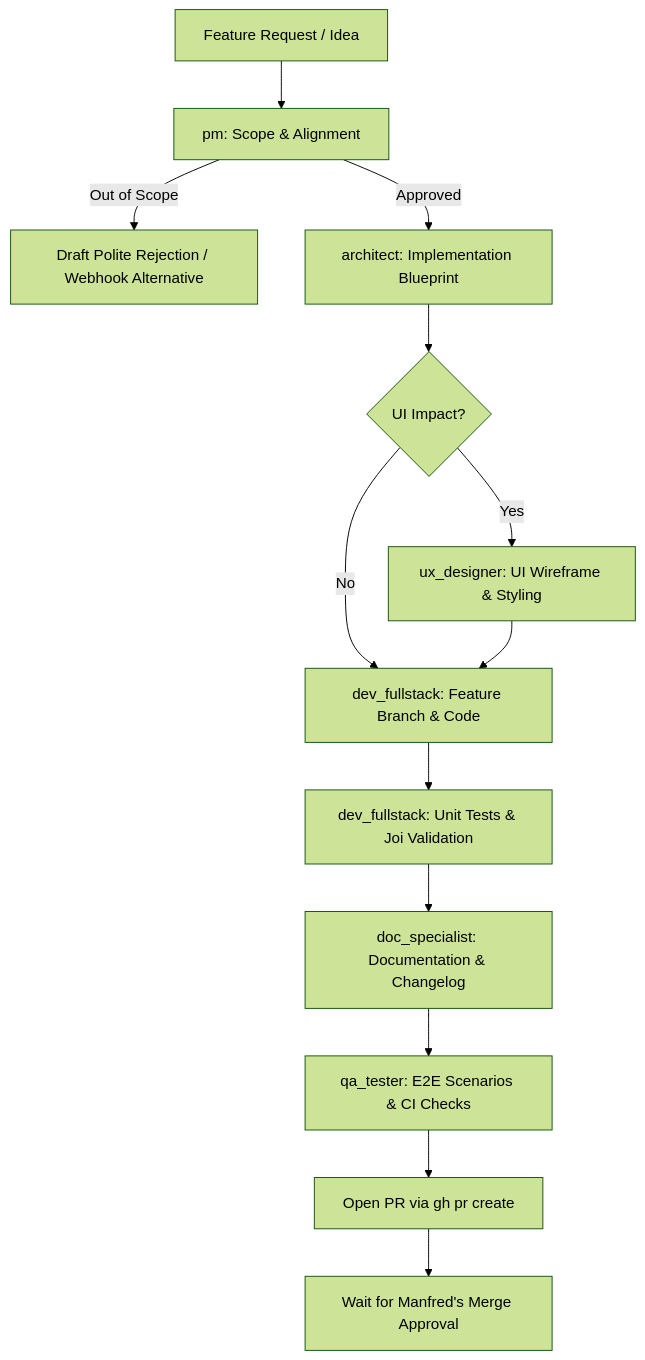
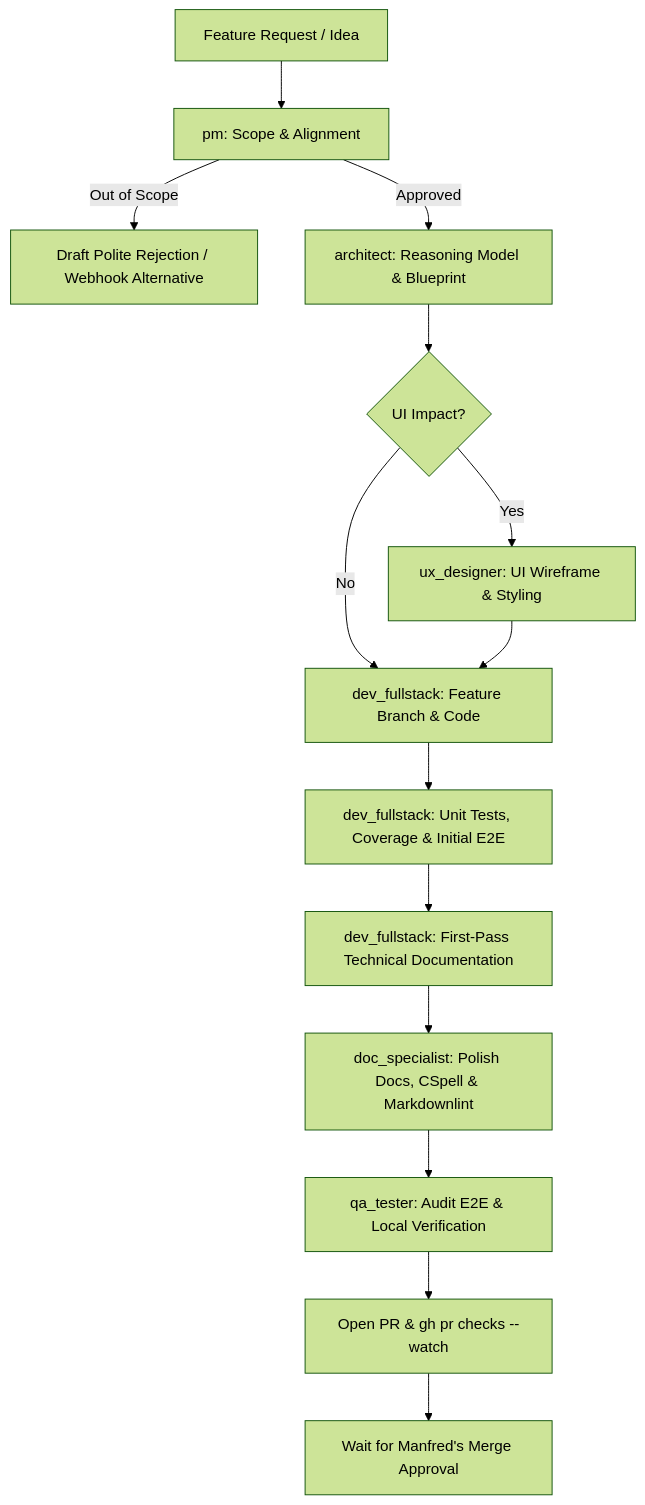
One commit to getwud/wud changed the diagram in .agents/workflows/new_feature.md. Above: the diagram before and after it, drawn with Mermaid (forest theme). The commit also changed other lines of this file and 8 other files, not shown here.

Commit message:
🚀 [DEV] Refine multi-agent personas with safe commands, coverage gates, and backward compatibility

````diff
--- a/.agents/workflows/new_feature.md
+++ b/.agents/workflows/new_feature.md
@@ -18,15 +18,16 @@
 ```mermaid
 flowchart TD
     A[Feature Request / Idea] --> B[pm: Scope & Alignment]
     B -->|Out of Scope| C[Draft Polite Rejection / Webhook Alternative]
-    B -->|Approved| D[architect: Implementation Blueprint]
+    B -->|Approved| D[architect: Reasoning Model & Blueprint]
     D --> E{UI Impact?}
     E -->|Yes| F[ux_designer: UI Wireframe & Styling]
     E -->|No| G[dev_fullstack: Feature Branch & Code]
     F --> G
-    G --> H[dev_fullstack: Unit Tests & Joi Validation]
-    H --> I[doc_specialist: Documentation & Changelog]
-    I --> J[qa_tester: E2E Scenarios & CI Checks]
-    J --> K[Open PR via gh pr create]
-    K --> L[Wait for Manfred's Merge Approval]
+    G --> H[dev_fullstack: Unit Tests, Coverage & Initial E2E]
+    H --> I[dev_fullstack: First-Pass Technical Documentation]
+    I --> J[doc_specialist: Polish Docs, CSpell & Markdownlint]
+    J --> K[qa_tester: Audit E2E & Local Verification]
+    K --> L[Open PR & gh pr checks --watch]
+    L --> M[Wait for Manfred's Merge Approval]
 ```
````
